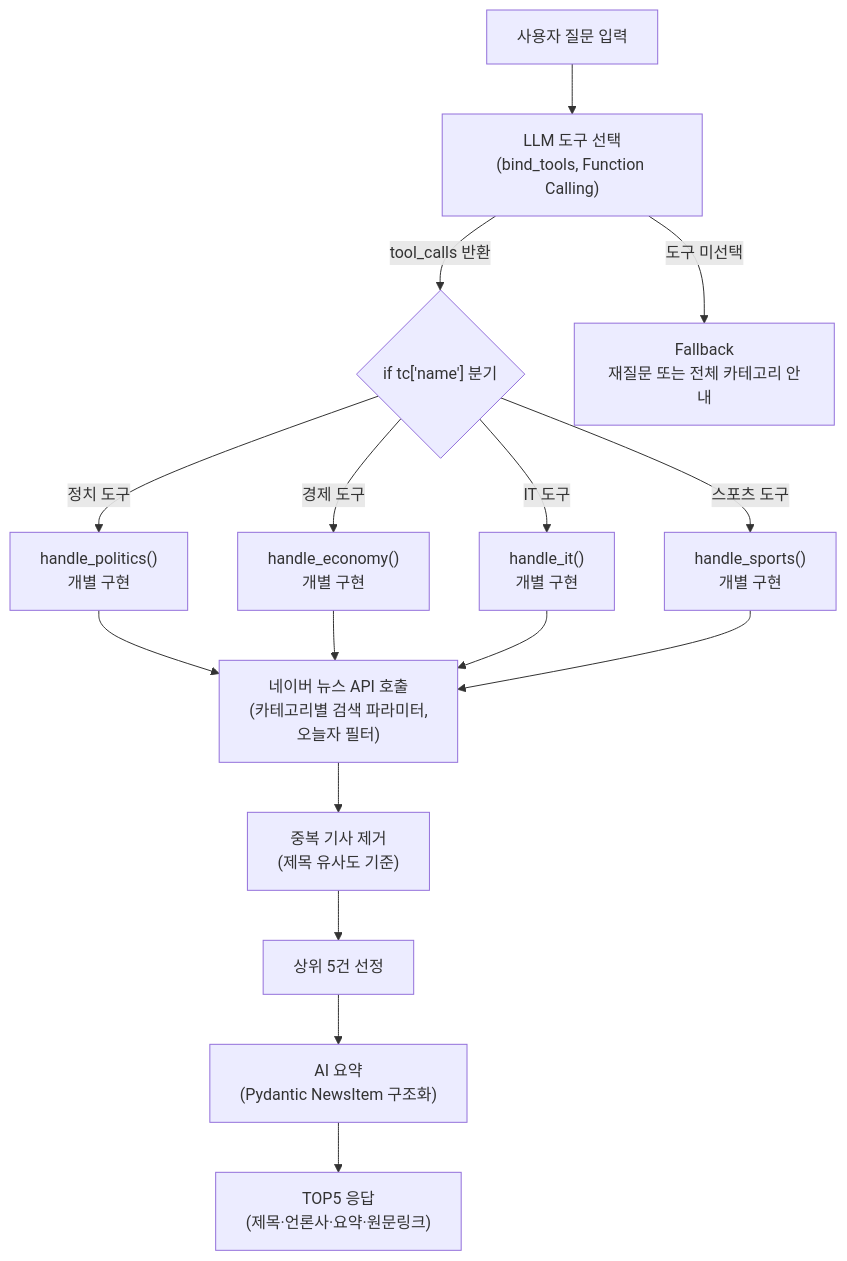
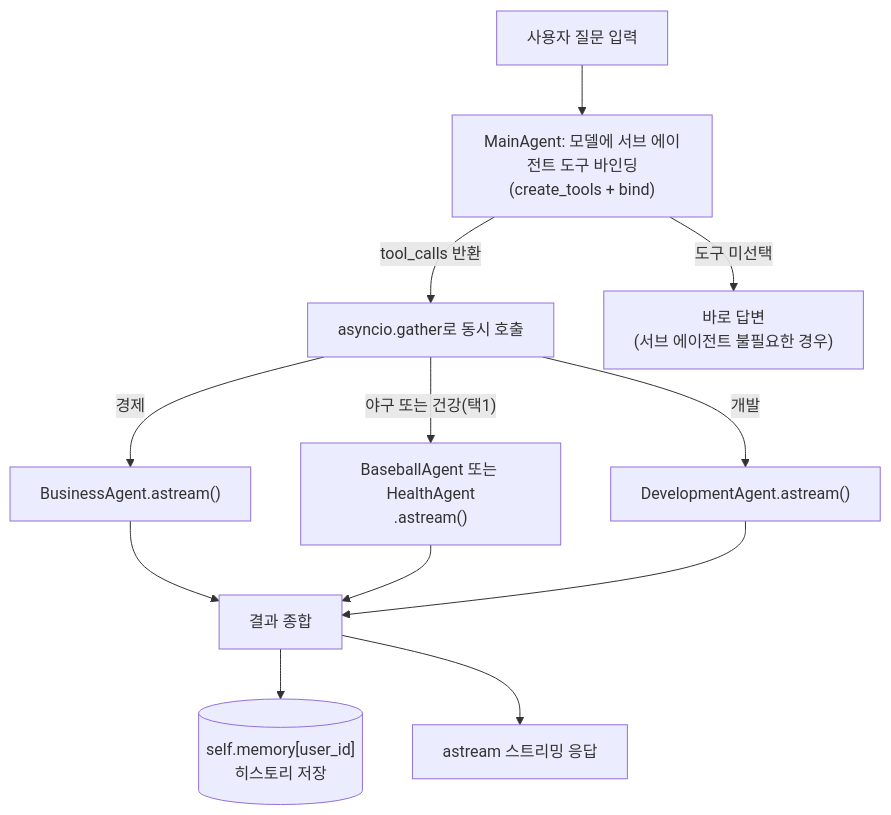
The diagram in docs/architecture.md (jh3779/multi-agent-assistant), drawn with Mermaid before and after one commit. The commit also changed other lines of this file and 6 other files, not shown here.

````diff
--- a/docs/architecture.md
+++ b/docs/architecture.md
@@ -14,18 +15,14 @@
 ```mermaid
 flowchart TD
-    A[사용자 질문 입력] --> B["LLM 도구 선택<br/>(bind_tools, Function Calling)"]
-    B -->|tool_calls 반환| R{"if tc['name'] 분기"}
-    B -->|도구 미선택| F["Fallback<br/>재질문 또는 전체 카테고리 안내"]
-    R -->|정치 도구| C1["handle_politics()<br/>개별 구현"]
-    R -->|경제 도구| C2["handle_economy()<br/>개별 구현"]
-    R -->|IT 도구| C3["handle_it()<br/>개별 구현"]
-    R -->|스포츠 도구| C4["handle_sports()<br/>개별 구현"]
-    C1 --> D["네이버 뉴스 API 호출<br/>(카테고리별 검색 파라미터,<br/>오늘자 필터)"]
+    A[사용자 질문 입력] --> B["MainAgent: 모델에 서브 에이전트 도구 바인딩<br/>(create_tools + bind)"]
+    B -->|tool_calls 반환| R["asyncio.gather로 동시 호출"]
+    B -->|도구 미선택| F["바로 답변<br/>(서브 에이전트 불필요한 경우)"]
+    R -->|경제| C1["BusinessAgent.astream()"]
+    R -->|"야구 또는 건강(택1)"| C2["BaseballAgent 또는 HealthAgent<br/>.astream()"]
+    R -->|개발| C4["DevelopmentAgent.astream()"]
+    C1 --> D[결과 종합]
     C2 --> D
-    C3 --> D
     C4 --> D
-    D --> E["중복 기사 제거<br/>(제목 유사도 기준)"]
-    E --> G[상위 5건 선정]
-    G --> H["AI 요약<br/>(Pydantic NewsItem 구조화)"]
-    H --> I["TOP5 응답<br/>(제목·언론사·요약·원문링크)"]
+    D --> H[("self.memory[user_id]<br/>히스토리 저장")]
+    D --> I["astream 스트리밍 응답"]
 ```
````
